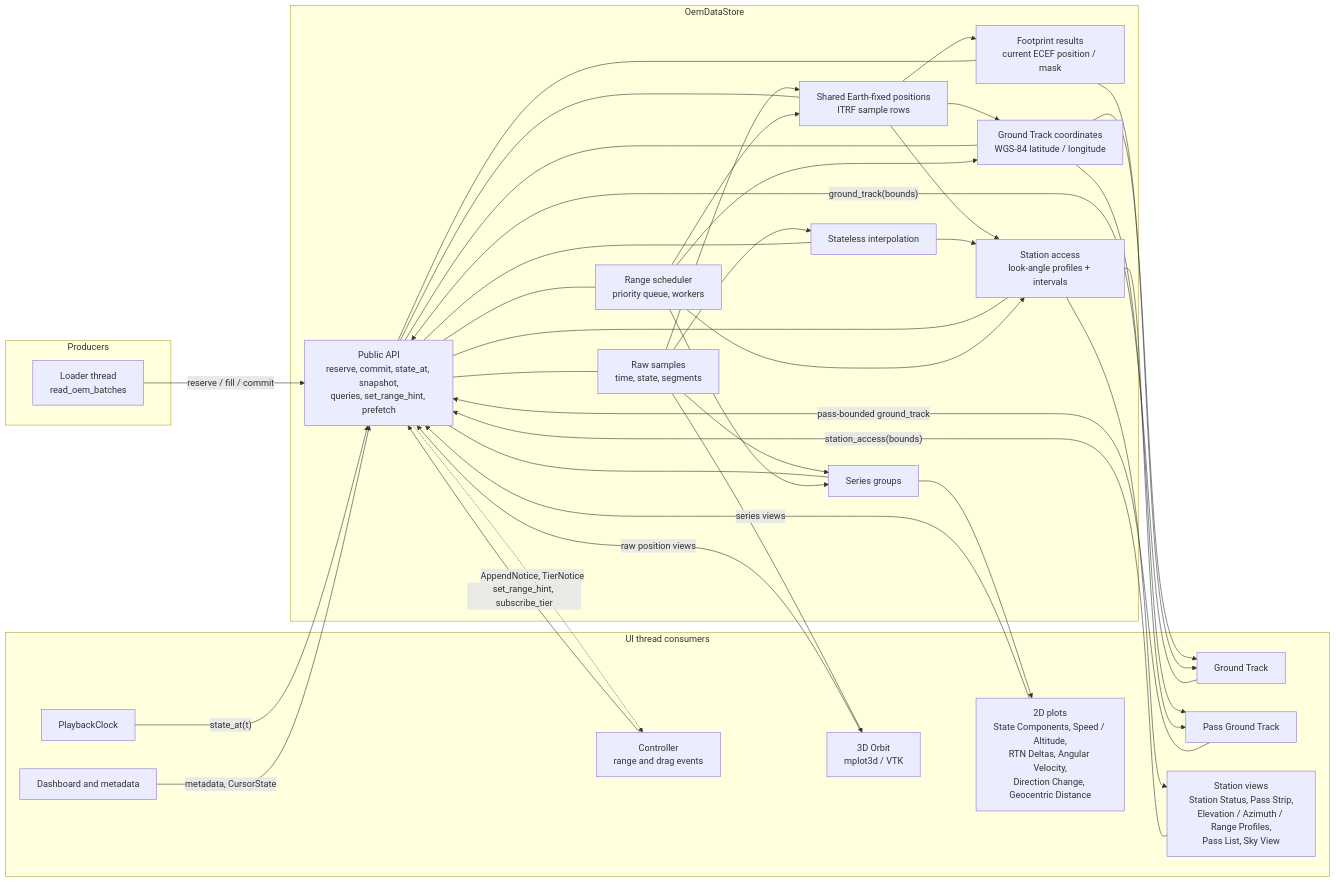
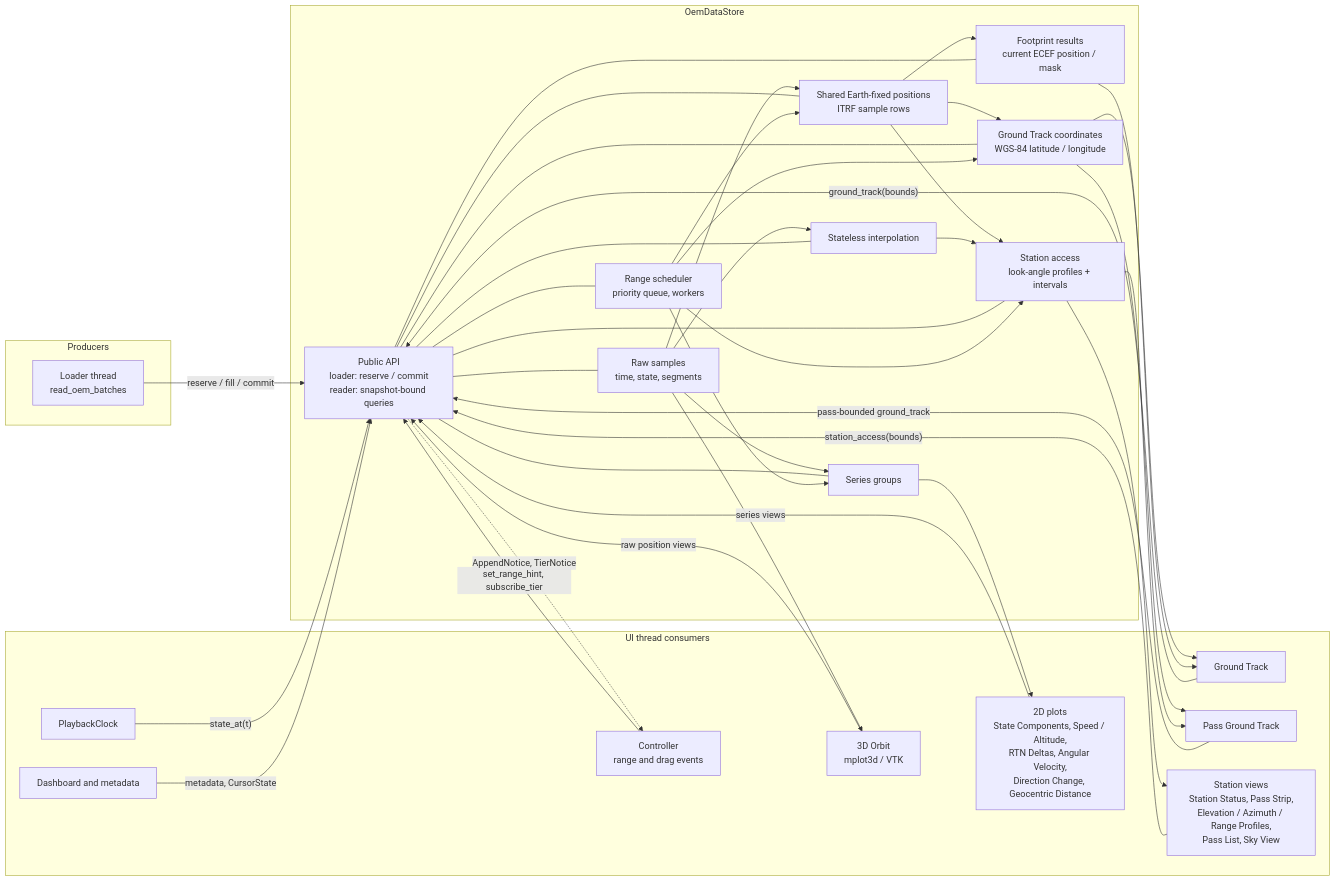
Before and after one commit to jeongyunl/ephem-toolkit: the second of 7 diagrams in docs/architecture/play-oem/PLAY_OEM_DATA_STORE_SOFTWARE_DESIGN.md, drawn with Mermaid. The commit also changed other lines of this file and 15 other files, not shown here.

Commit message:
OemDataStore: Simplify APIs. Promote StoreViewContext to a snapshot-bound consumer read facade

````diff
--- a/docs/architecture/play-oem/PLAY_OEM_DATA_STORE_SOFTWARE_DESIGN.md
+++ b/docs/architecture/play-oem/PLAY_OEM_DATA_STORE_SOFTWARE_DESIGN.md
@@ -183,63 +188,63 @@
 ```mermaid
 flowchart LR
     subgraph PRODUCERS["Producers"]
         LOADER["Loader thread<br/>read_oem_batches"]
     end
     subgraph UI["UI thread consumers"]
         CTRL["Controller<br/>range and drag events"]
         CLOCK["PlaybackClock"]
         V2D["2D plots<br/>State Components, Speed / Altitude,<br/>RTN Deltas, Angular Velocity,<br/>Direction Change, Geocentric Distance"]
         V3D["3D Orbit<br/>mplot3d / VTK"]
         VGT["Ground Track"]
         VPGT["Pass Ground Track"]
         VACC["Station views<br/>Station Status, Pass Strip,<br/>Elevation / Azimuth / Range Profiles,<br/>Pass List, Sky View"]
         DASH["Dashboard and metadata"]
     end
     subgraph STORE["OemDataStore"]
-        API["Public API<br/>reserve, commit, state_at, snapshot,<br/>queries, set_range_hint, prefetch"]
+        API["Public API<br/>loader: reserve / commit<br/>reader: snapshot-bound queries"]
         RAW["Raw samples<br/>time, state, segments"]
         INTERP["Stateless interpolation"]
         SER["Series groups"]
         EF["Shared Earth-fixed positions<br/>ITRF sample rows"]
         GT["Ground Track coordinates<br/>WGS-84 latitude / longitude"]
         FOOT["Footprint results<br/>current ECEF position / mask"]
         ACC["Station access<br/>look-angle profiles + intervals"]
         SCHED["Range scheduler<br/>priority queue, workers"]
         RAW --> INTERP
         RAW --> SER
         RAW --> EF
         EF --> GT
         EF --> FOOT
         EF --> ACC
         INTERP --> ACC
         API --- RAW
         API --- INTERP
         API --- SER
         API --- EF
         API --- GT
         API --- FOOT
         API --- ACC
         API --- SCHED
         SCHED --> SER
         SCHED --> EF
         SCHED --> GT
         SCHED --> ACC
     end
     LOADER -->|"reserve / fill / commit"| API
     CTRL -->|"set_range_hint, subscribe_tier"| API
     CLOCK -->|"state_at(t)"| API
     API -.->|"AppendNotice, TierNotice"| CTRL
     V2D -->|"series views"| API
     V3D -->|"raw position views"| API
     VGT -->|"ground_track(bounds)"| API
     VPGT -->|"pass-bounded ground_track"| API
     VACC -->|"station_access(bounds)"| API
     DASH -->|"metadata, CursorState"| API
     SER --> V2D
     RAW --> V3D
     GT --> VGT
     GT --> VPGT
     FOOT --> VGT
     ACC --> VACC
     ACC --> VPGT
 ```
````
